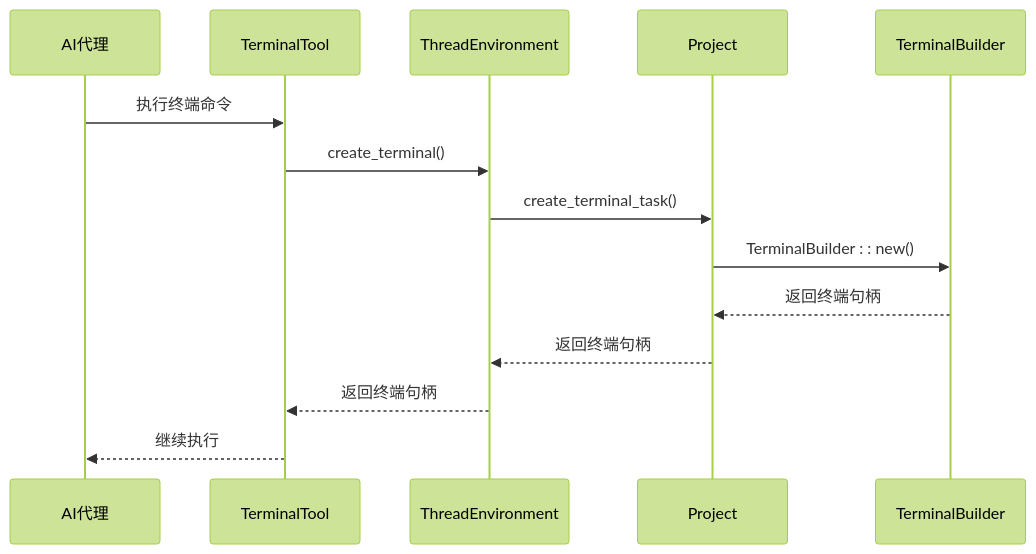
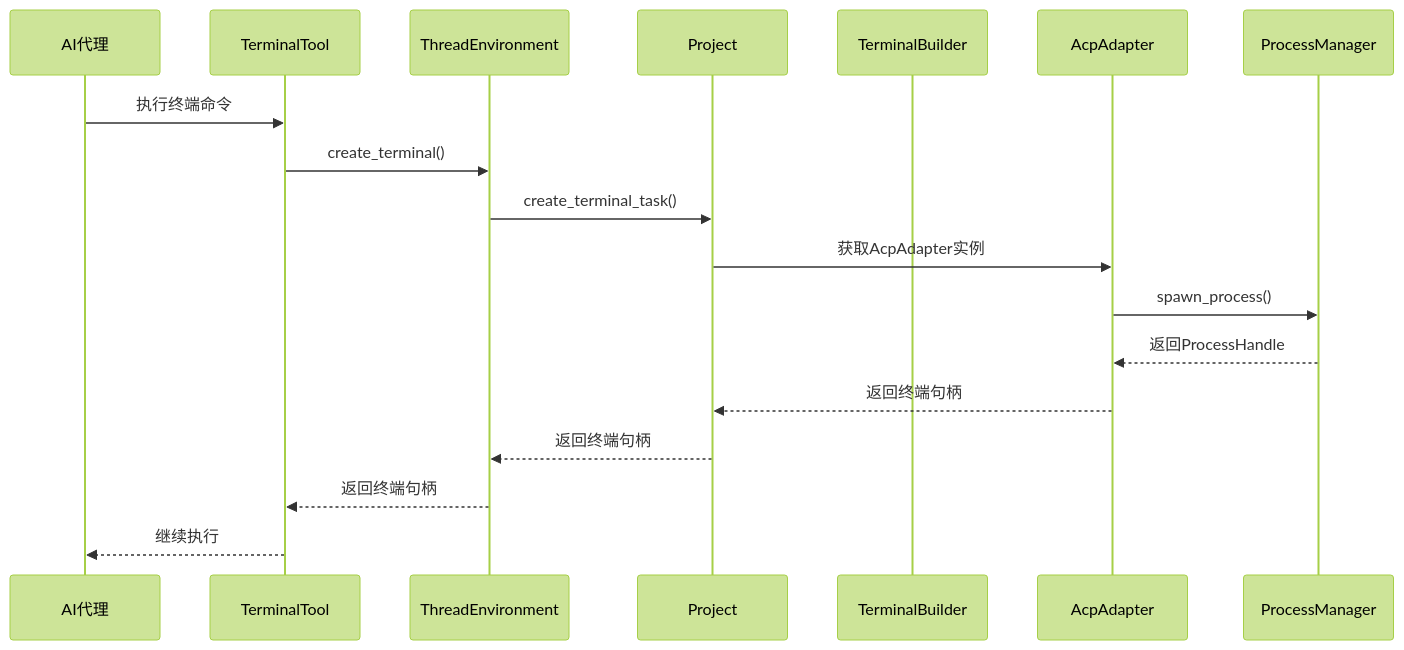
One commit to nuwax-ai/rcoder changed the first of 6 diagrams in .qoder/repowiki/zh/content/ACP协议实现/终端I_O集成.md. Above: the diagram before and after it, drawn with Mermaid (forest theme). The commit also changed other lines of this file and 85 other files, not shown here.

First line of the commit message:
refactor(acp_adapter): 重构会话管理及连接模块以替代旧实现

````diff
--- a/.qoder/repowiki/zh/content/ACP协议实现/终端I_O集成.md
+++ b/.qoder/repowiki/zh/content/ACP协议实现/终端I_O集成.md
@@ -32,16 +47,20 @@
 ```mermaid
 sequenceDiagram
 participant AI as AI代理
 participant Tool as TerminalTool
 participant Env as ThreadEnvironment
 participant Project as Project
 participant Builder as TerminalBuilder
+participant Adapter as AcpAdapter
+participant ProcessMgr as ProcessManager
 AI->>Tool : 执行终端命令
 Tool->>Env : create_terminal()
 Env->>Project : create_terminal_task()
-Project->>Builder : TerminalBuilder : : new()
-Builder-->>Project : 返回终端句柄
+Project->>Adapter : 获取AcpAdapter实例
+Adapter->>ProcessMgr : spawn_process()
+ProcessMgr-->>Adapter : 返回ProcessHandle
+Adapter-->>Project : 返回终端句柄
 Project-->>Env : 返回终端句柄
 Env-->>Tool : 返回终端句柄
 Tool-->>AI : 继续执行
 ```
````
